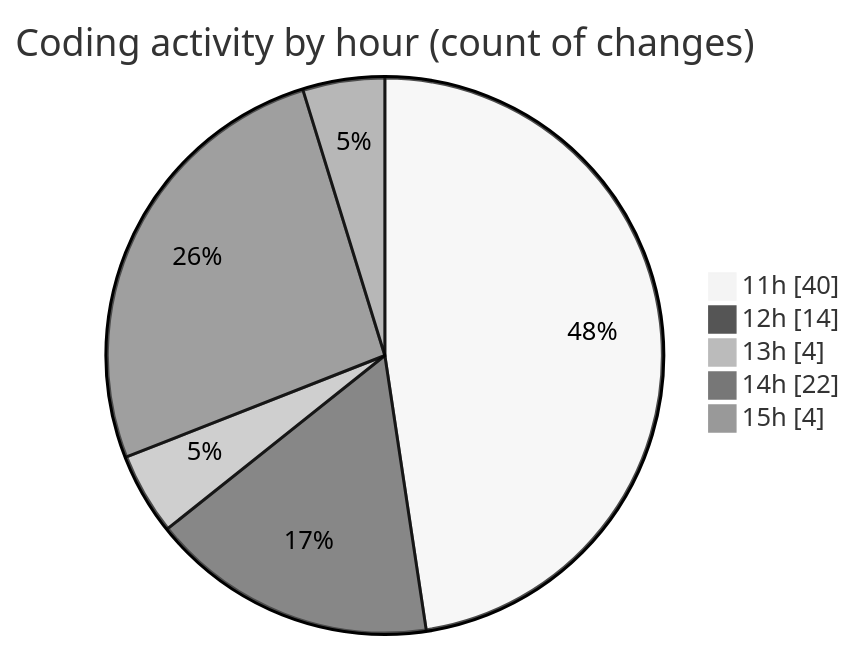
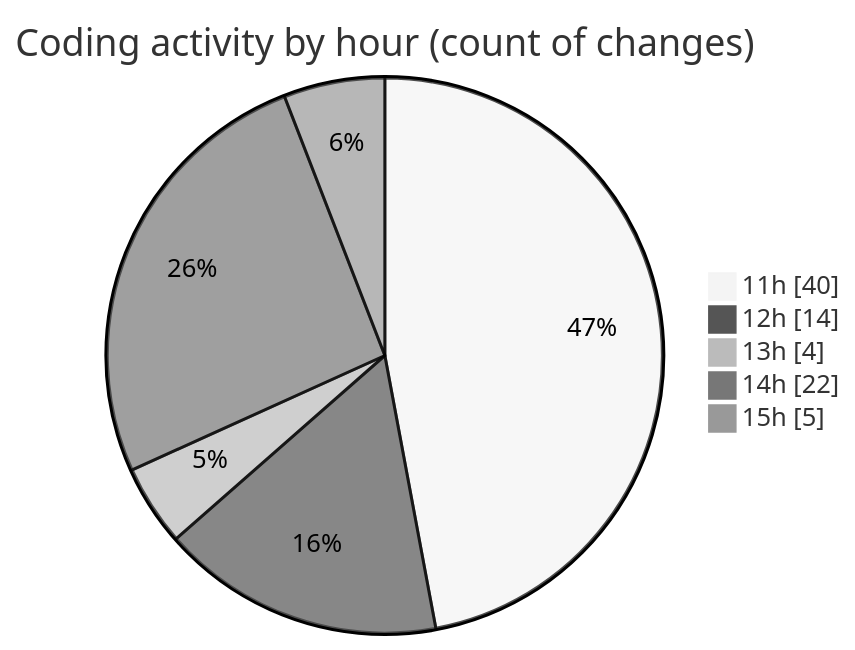
One commit to momahboobian/code-tracking changed the second of 2 diagrams in 2026-03-27/cda/README.md. Above: the diagram before and after it, drawn with Mermaid (neutral theme). The commit also changed other lines of this file and 1 other file, not shown here.

````diff
--- a/2026-03-27/cda/README.md
+++ b/2026-03-27/cda/README.md
@@ -47,9 +48,9 @@
 ```mermaid
 pie showData
 title Coding activity by hour (count of changes)
 "11h" : 40
 "12h" : 14
 "13h" : 4
 "14h" : 22
-"15h" : 4
+"15h" : 5
 ```
````
